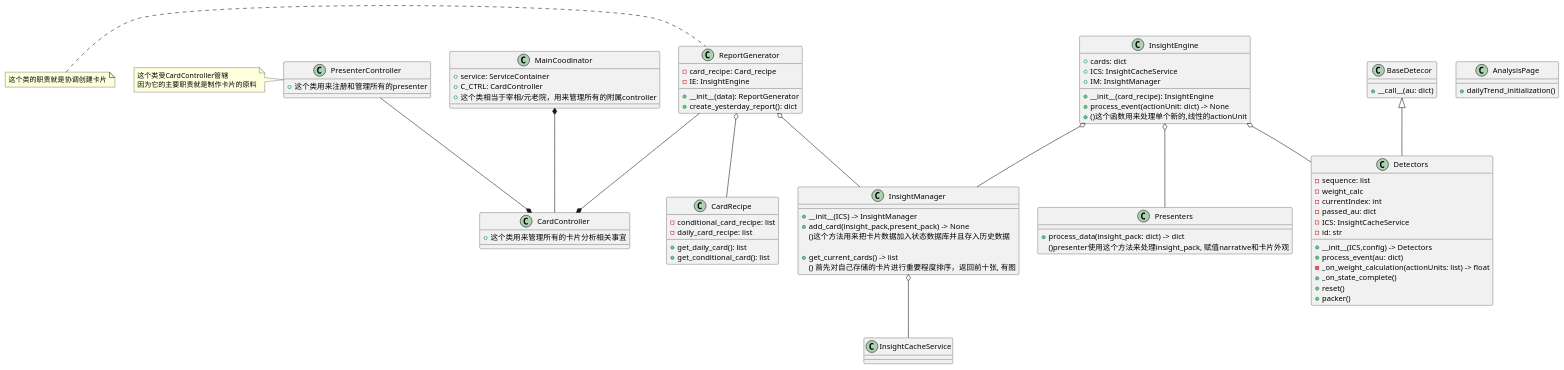
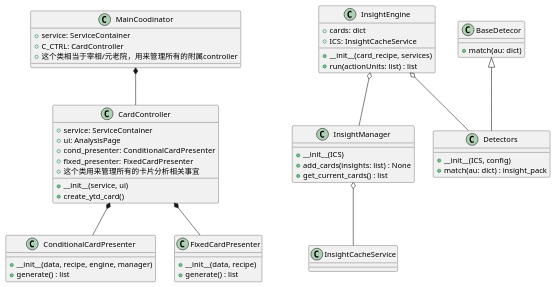
The diagram in documents/umls/structure.puml (67-68/Time-Integrator), drawn with PlantUML before and after one commit. The commit also changed other lines of this file and 21 other files, not shown here.

```diff
--- a/documents/umls/structure.puml
+++ b/documents/umls/structure.puml
@@ -6,111 +1,78 @@
 @startuml
-class CardRecipe {
-    - conditional_card_recipe: list
-    - daily_card_recipe: list
-    + get_daily_card(): list
-    + get_conditional_card(): list
-}
+' 这个类图存储所有核心类的定义、属性和方法。
+' 它反映了当前最新的架构。
 
-class ReportGenerator {
-    + __init__(data): ReportGenerator
-    + create_yesterday_report(): dict 
-    '创建昨天的所有卡片
-    - card_recipe: Card_recipe
-    - IE: InsightEngine
-}
-
-ReportGenerator --* CardController
-note left of ReportGenerator
-    这个类的职责就是协调创建卡片
-end note
-
-ReportGenerator o-- CardRecipe
-
-class AnalysisPage {
-    + dailyTrend_initialization()
-}
-
-class InsightEngine {
-    + __init__(card_recipe): InsightEngine
-    + process_event(actionUnit: dict) -> None
-    + ()这个函数用来处理单个新的,线性的actionUnit
-    + cards: dict
-    + ICS: InsightCacheService
-    + IM: InsightManager
-}
-
-InsightEngine o-- InsightManager
-
-class InsightCacheService {
-
-}
-
-class InsightManager {
-    + __init__(ICS) -> InsightManager
-    + add_card(insight_pack,present_pack) -> None 
-    ()这个方法用来把卡片数据加入状态数据库并且存入历史数据
-
-    ' 以后，insight_pack要和存入数据库的数据区分开
-    + get_current_cards() -> list
-    () 首先对自己存储的卡片进行重要程度排序，返回前十张, 有图
-}
-ReportGenerator o-- InsightManager
-InsightManager o-- InsightCacheService
-
-class Detectors extends BaseDetecor{
-    + __init__(ICS,config) -> Detectors
-    + process_event(au: dict)
-    - sequence: list
-    - weight_calc
-    - _on_weight_calculation(actionUnits: list) -> float
-    - currentIndex: int
-    - passed_au: dict
-    - ICS: InsightCacheService
-    - id: str
-    + _on_state_complete()
-    + reset()
-    + packer()
-
-}
-
-InsightEngine o-- Detectors
-
-class BaseDetecor {
-    + __call__(au: dict)
-}
-
-class Presenters {
-    ' 这里是presenter的API接口们
-    + process_data(insight_pack: dict) -> dict
-    ()presenter使用这个方法来处理insight_pack, 赋值narrative和卡片外观
-}
- InsightEngine o-- Presenters
-
-class PresenterController {
-    + 这个类用来注册和管理所有的presenter
-}
-
-PresenterController --* CardController
-
-note left of PresenterController
-     这个类受CardController管辖
-     因为它的主要职责就是制作卡片的原料
-end note
+' --- 核心协调层 ---
 
 class MainCoodinator {
     + service: ServiceContainer
     + C_CTRL: CardController
     + 这个类相当于宰相/元老院，用来管理所有的附属controller
 }
 
-MainCoodinator *-- CardController
-
-
-
 class CardController {
+    + service: ServiceContainer
+    + ui: AnalysisPage
+    + cond_presenter: ConditionalCardPresenter
+    + fixed_presenter: FixedCardPresenter
+    + __init__(service, ui)
+    + create_ytd_card()
     + 这个类用来管理所有的卡片分析相关事宜
 }
 
+MainCoodinator *-- CardController
+
+' --- Presenter 层 ---
+
+class ConditionalCardPresenter {
+    + __init__(data, recipe, engine, manager)
+    + generate() : list
+}
+
+class FixedCardPresenter {
+    + __init__(data, recipe)
+    + generate() : list
+}
+
+CardController *-- ConditionalCardPresenter
+CardController *-- FixedCardPresenter
 
 
+' --- 服务与引擎层 ---
+
+class InsightEngine {
+    + __init__(card_recipe, services)
+    + run(actionUnits: list) : list
+    + cards: dict
+    + ICS: InsightCacheService
+}
+
+class InsightManager {
+    + __init__(ICS)
+    + add_cards(insights: list) : None
+    + get_current_cards() : list
+}
+
+class InsightCacheService {
+    ' 负责洞见的历史数据读写
+}
+
+InsightEngine o-- InsightManager
+InsightManager o-- InsightCacheService
+
+
+' --- Detector 层 ---
+
+class Detectors extends BaseDetecor{
+    + __init__(ICS, config)
+    + match(au: dict) : insight_pack
+    ' ... 其他内部方法 ...
+}
+
+class BaseDetecor {
+    + match(au: dict)
+}
+
+InsightEngine o-- Detectors
+
 @enduml
```
